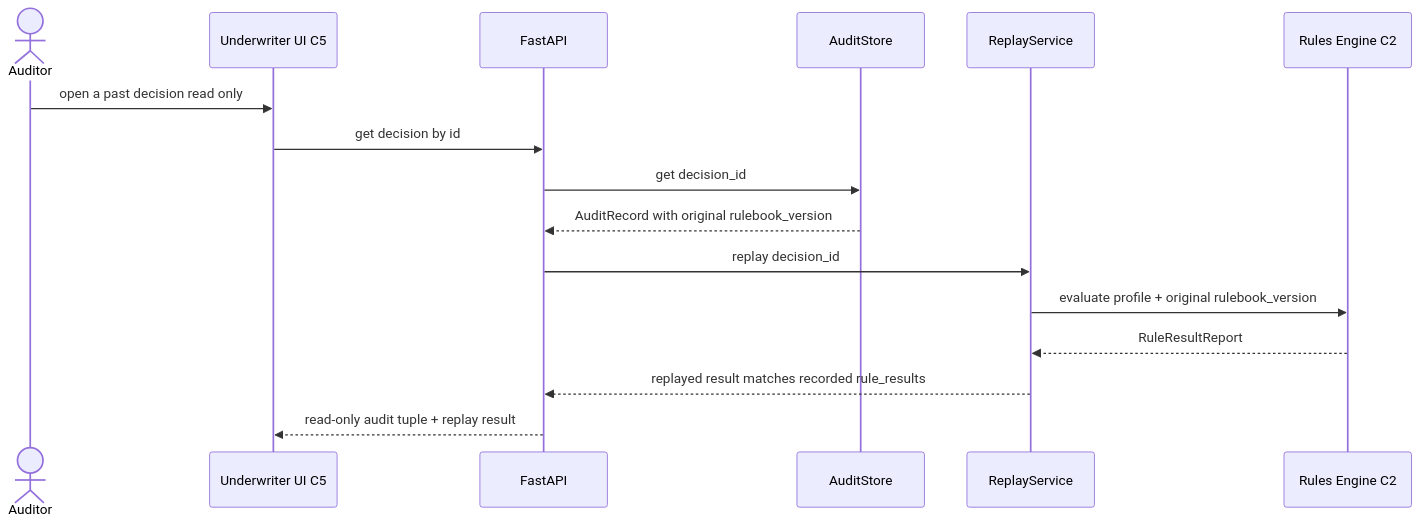
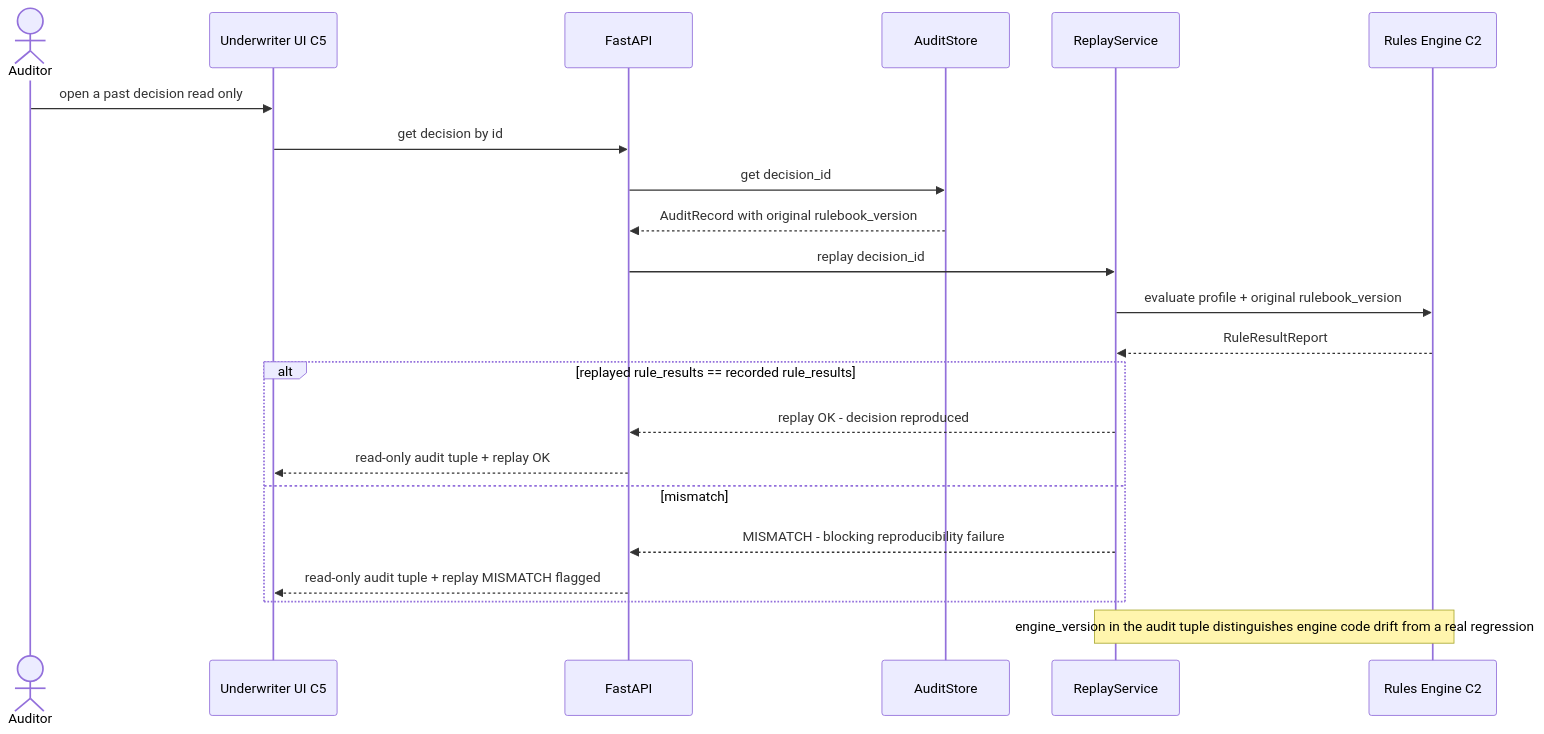
One commit to Nidzz07/Agentic-Underwriting-Assistant changed the second of 4 diagrams in guide-docs/discover/application-design/services.md. Above: the diagram before and after it, drawn with Mermaid. The commit also changed other lines of this file and 8 other files, not shown here.

Commit message:
Application Design: reviewer-feedback batch — engine_version 6-tuple + Phase-3 deferral seams, deterministic confidence, missing-info output, MCP-supplementary guard, authz enforcement, replay match/mismatch branch, unhappy-paths sequence, FastAPI orchestrator node, C1->C3 disambiguation

````diff
--- a/guide-docs/discover/application-design/services.md
+++ b/guide-docs/discover/application-design/services.md
@@ -112,19 +122,25 @@
 ```mermaid
 sequenceDiagram
     actor AUDR as Auditor
     participant UI as Underwriter UI C5
     participant API as FastAPI
     participant AUD as AuditStore
     participant REP as ReplayService
     participant RUL as Rules Engine C2
 
     AUDR->>UI: open a past decision read only
     UI->>API: get decision by id
     API->>AUD: get decision_id
     AUD-->>API: AuditRecord with original rulebook_version
     API->>REP: replay decision_id
     REP->>RUL: evaluate profile + original rulebook_version
     RUL-->>REP: RuleResultReport
-    REP-->>API: replayed result matches recorded rule_results
-    API-->>UI: read-only audit tuple + replay result
+    alt replayed rule_results == recorded rule_results
+        REP-->>API: replay OK - decision reproduced
+        API-->>UI: read-only audit tuple + replay OK
+    else mismatch
+        REP-->>API: MISMATCH - blocking reproducibility failure
+        API-->>UI: read-only audit tuple + replay MISMATCH flagged
+    end
+    Note over REP,RUL: engine_version in the audit tuple distinguishes engine code drift from a real regression
 ```
````
